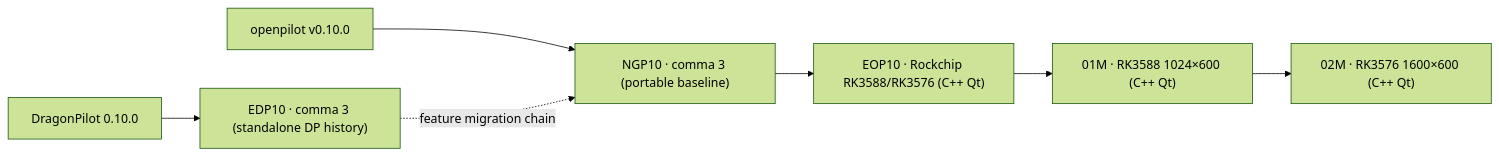
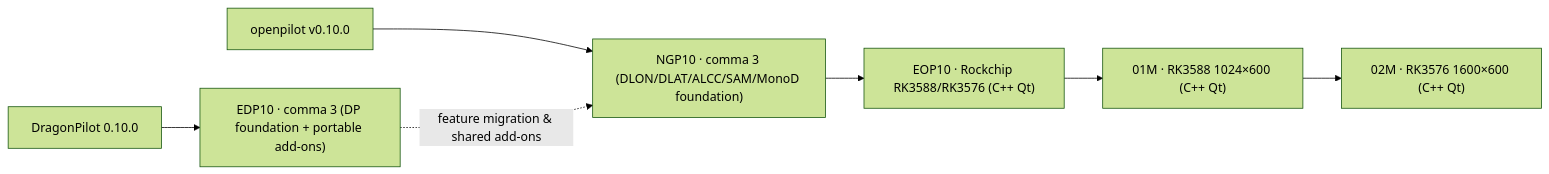
Before and after one commit to exo-elec/openpilot: the diagram in README.md, drawn with Mermaid (forest theme). The commit also changed other lines of this file and 2 other files, not shown here.

Commit message:
docs(edp10): update FrogPilot-style README, feature tables, upstream credits, and audit docs

````diff
--- a/README.md
+++ b/README.md
@@ -31,9 +31,9 @@
 ```mermaid
 flowchart LR
-  DP["DragonPilot 0.10.0"] --> EDP["EDP10 · comma 3 (standalone DP history)"]
-  OP["openpilot v0.10.0"] --> NGP["NGP10 · comma 3 (portable baseline)"]
-  EDP -. "feature migration chain" .-> NGP
+  DP["DragonPilot 0.10.0"] --> EDP["EDP10 · comma 3 (DP foundation + portable add-ons)"]
+  OP["openpilot v0.10.0"] --> NGP["NGP10 · comma 3 (DLON/DLAT/ALCC/SAM/MonoD foundation)"]
+  EDP -. "feature migration & shared add-ons" .-> NGP
   NGP --> EOP["EOP10 · Rockchip RK3588/RK3576 (C++ Qt)"]
   EOP --> M1["01M · RK3588 1024×600 (C++ Qt)"]
   M1 --> M2["02M · RK3576 1600×600 (C++ Qt)"]
 ```
````
